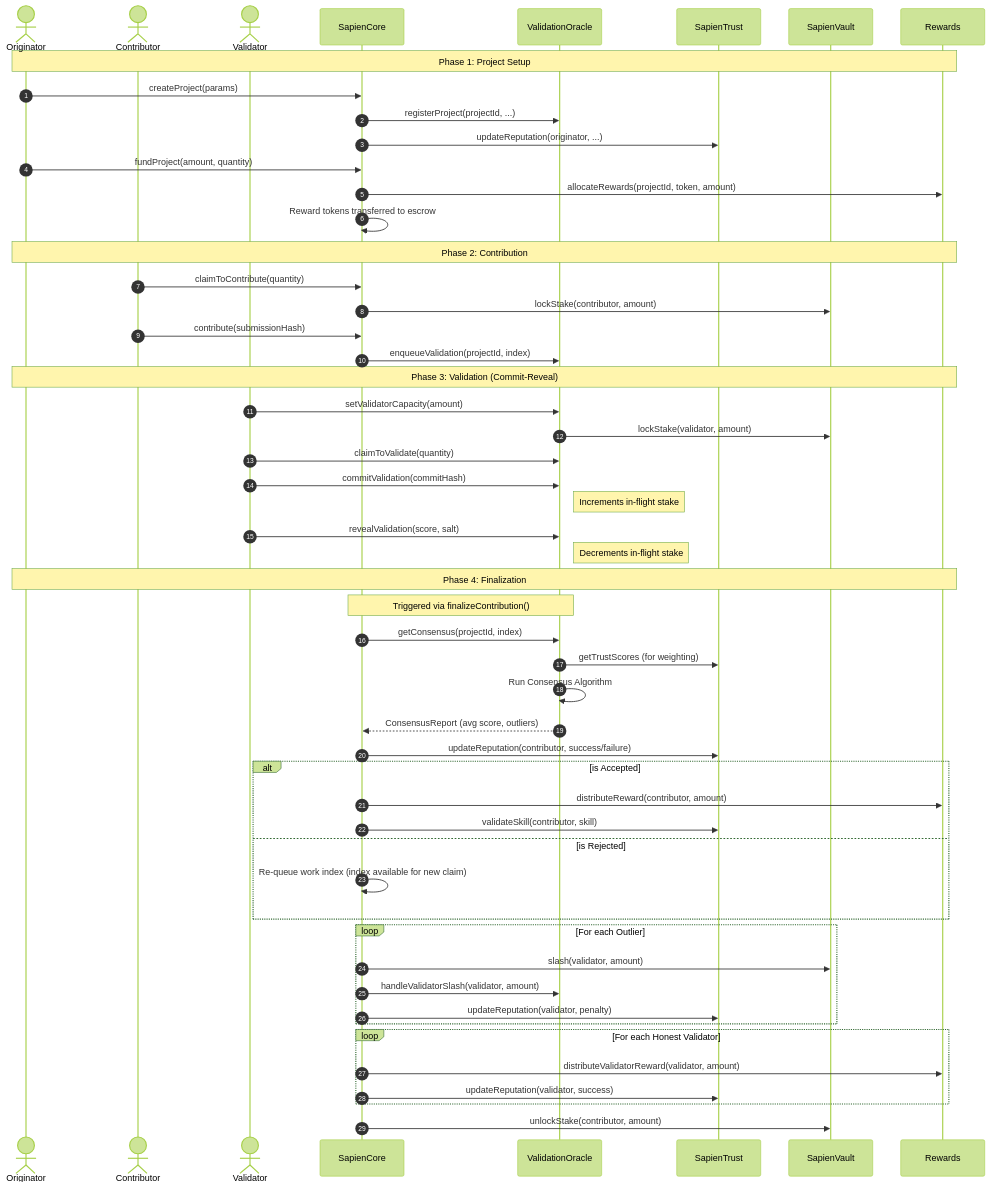
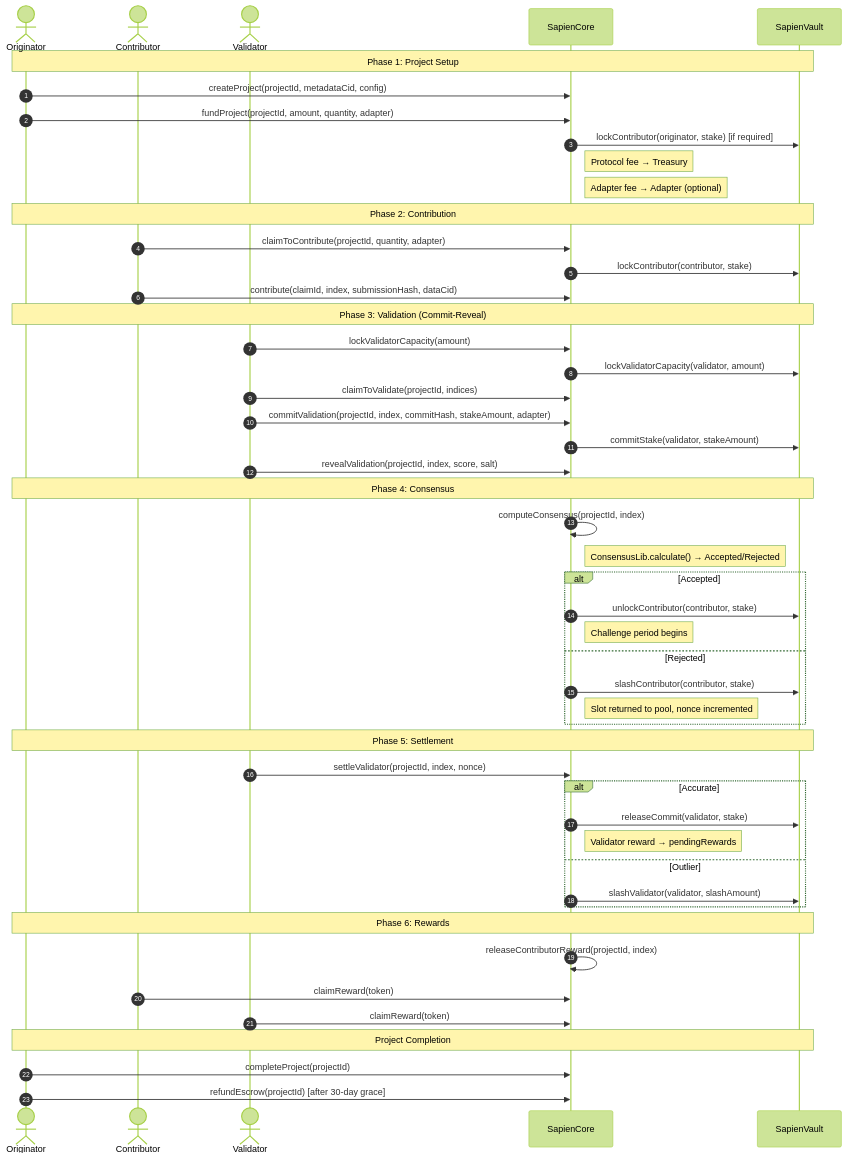
The diagram in docs/COMPLETE_DOCUMENTATION.md (Sapien-io/sapien-contracts), drawn with Mermaid (forest theme) before and after one commit. The commit also changed other lines of this file and 83 other files, not shown here.

````diff
--- a/docs/COMPLETE_DOCUMENTATION.md
+++ b/docs/COMPLETE_DOCUMENTATION.md
@@ -119,64 +120,59 @@
 ```mermaid
 sequenceDiagram
     autonumber
     actor O as Originator
     actor C as Contributor
     actor V as Validator
     participant SC as SapienCore
-    participant VO as ValidationOracle
-    participant ST as SapienTrust
     participant SV as SapienVault
-    participant R as Rewards
 
-    Note over O, R: Phase 1: Project Setup
-    O->>SC: createProject(params)
-    SC->>VO: registerProject(projectId, ...)
-    SC->>ST: updateReputation(originator, ...)
-    O->>SC: fundProject(amount, quantity)
-    SC->>R: allocateRewards(projectId, token, amount)
-    SC->>SC: Reward tokens transferred to escrow
+    Note over O, SV: Phase 1: Project Setup
+    O->>SC: createProject(projectId, metadataCid, config)
+    O->>SC: fundProject(projectId, amount, quantity, adapter)
+    SC->>SV: lockContributor(originator, stake) [if required]
+    Note right of SC: Protocol fee → Treasury
+    Note right of SC: Adapter fee → Adapter (optional)
 
-    Note over O, R: Phase 2: Contribution
-    C->>SC: claimToContribute(quantity)
-    SC->>SV: lockStake(contributor, amount)
-    C->>SC: contribute(submissionHash)
-    SC->>VO: enqueueValidation(projectId, index)
+    Note over O, SV: Phase 2: Contribution
+    C->>SC: claimToContribute(projectId, quantity, adapter)
+    SC->>SV: lockContributor(contributor, stake)
+    C->>SC: contribute(claimId, index, submissionHash, dataCid)
 
-    Note over O, R: Phase 3: Validation (Commit-Reveal)
-    V->>VO: setValidatorCapacity(amount)
-    VO->>SV: lockStake(validator, amount)
-    V->>VO: claimToValidate(quantity)
-    V->>VO: commitValidation(commitHash)
-    Note right of VO: Increments in-flight stake
-    V->>VO: revealValidation(score, salt)
-    Note right of VO: Decrements in-flight stake
+    Note over O, SV: Phase 3: Validation (Commit-Reveal)
+    V->>SC: lockValidatorCapacity(amount)
+    SC->>SV: lockValidatorCapacity(validator, amount)
+    V->>SC: claimToValidate(projectId, indices)
+    V->>SC: commitValidation(projectId, index, commitHash, stakeAmount, adapter)
+    SC->>SV: commitStake(validator, stakeAmount)
+    V->>SC: revealValidation(projectId, index, score, salt)
 
-    Note over O, R: Phase 4: Finalization
-    Note over SC, VO: Triggered via finalizeContribution()
-    SC->>VO: getConsensus(projectId, index)
-    VO->>ST: getTrustScores (for weighting)
-    VO->>VO: Run Consensus Algorithm
-    VO-->>SC: ConsensusReport (avg score, outliers)
+    Note over O, SV: Phase 4: Consensus
+    SC->>SC: computeConsensus(projectId, index)
+    Note right of SC: ConsensusLib.calculate() → Accepted/Rejected
 
-    SC->>ST: updateReputation(contributor, success/failure)
-    
-    alt is Accepted
-        SC->>R: distributeReward(contributor, amount)
-        SC->>ST: validateSkill(contributor, skill)
-    else is Rejected
-        SC->>SC: Re-queue work index (index available for new claim)
+    alt Accepted
+        SC->>SV: unlockContributor(contributor, stake)
+        Note right of SC: Challenge period begins
+    else Rejected
+        SC->>SV: slashContributor(contributor, stake)
+        Note right of SC: Slot returned to pool, nonce incremented
     end
 
-    loop For each Outlier
-        SC->>SV: slash(validator, amount)
-        SC->>VO: handleValidatorSlash(validator, amount)
-        SC->>ST: updateReputation(validator, penalty)
+    Note over O, SV: Phase 5: Settlement
+    V->>SC: settleValidator(projectId, index, nonce)
+    alt Accurate
+        SC->>SV: releaseCommit(validator, stake)
+        Note right of SC: Validator reward → pendingRewards
+    else Outlier
+        SC->>SV: slashValidator(validator, slashAmount)
     end
 
-    loop For each Honest Validator
-        SC->>R: distributeValidatorReward(validator, amount)
-        SC->>ST: updateReputation(validator, success)
-    end
+    Note over O, SV: Phase 6: Rewards
+    SC->>SC: releaseContributorReward(projectId, index)
+    C->>SC: claimReward(token)
+    V->>SC: claimReward(token)
 
-    SC->>SV: unlockStake(contributor, amount)
+    Note over O, SV: Project Completion
+    O->>SC: completeProject(projectId)
+    O->>SC: refundEscrow(projectId) [after 30-day grace]
 ```
````
